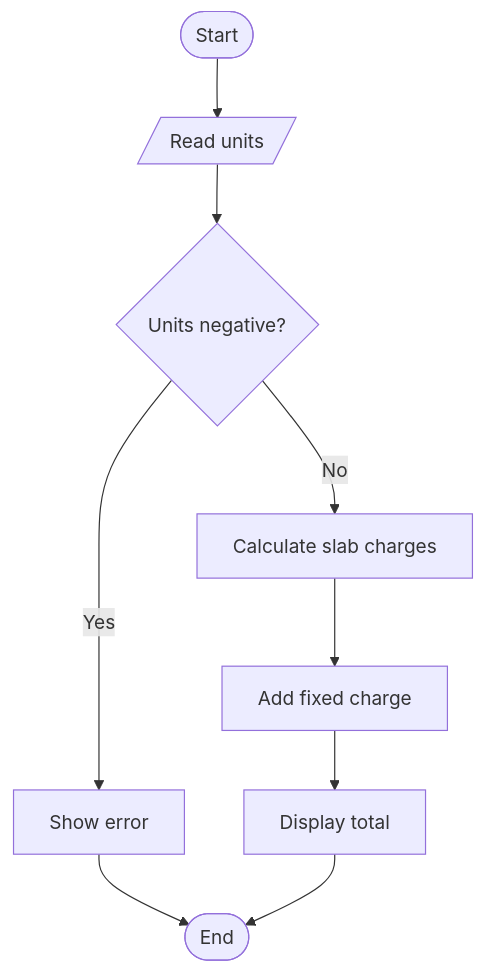
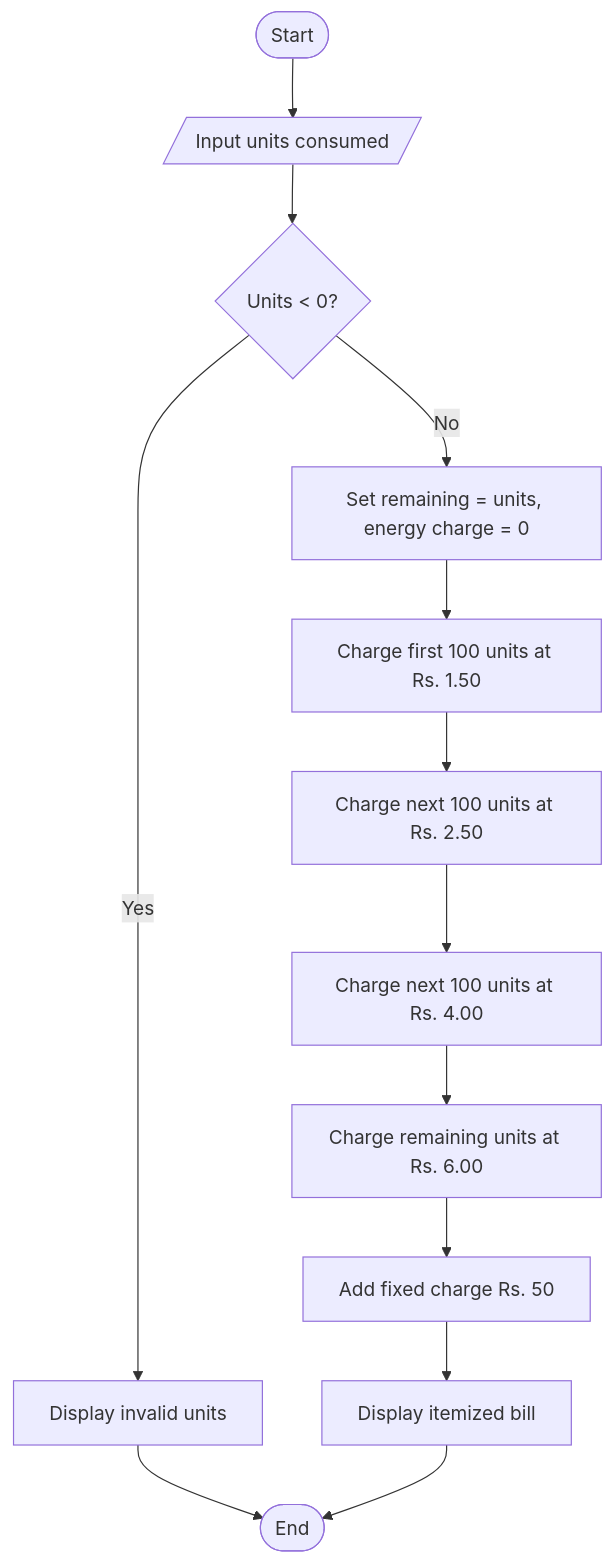
The diagram in case-02-electricity-billing/README.md (sriuddesh-stack/ABL-PYTHON), drawn with Mermaid before and after one commit. The commit also changed other lines of this file, not shown here.

Commit message:
Expand documentation for first case study

````diff
--- a/case-02-electricity-billing/README.md
+++ b/case-02-electricity-billing/README.md
@@ -18,11 +39,15 @@
 ```mermaid
 flowchart TD
- A([Start]) --> B[/Read units/]
- B --> C{Units negative?}
- C -- Yes --> D[Show error]
- C -- No --> E[Calculate slab charges]
- E --> F[Add fixed charge]
- F --> G[Display total]
- D --> H([End])
- G --> H
+    A([Start]) --> B[/Input units consumed/]
+    B --> C{Units < 0?}
+    C -- Yes --> D[Display invalid units]
+    D --> Z([End])
+    C -- No --> E[Set remaining = units, energy charge = 0]
+    E --> F[Charge first 100 units at Rs. 1.50]
+    F --> G[Charge next 100 units at Rs. 2.50]
+    G --> H[Charge next 100 units at Rs. 4.00]
+    H --> I[Charge remaining units at Rs. 6.00]
+    I --> J[Add fixed charge Rs. 50]
+    J --> K[Display itemized bill]
+    K --> Z
 ```
````
